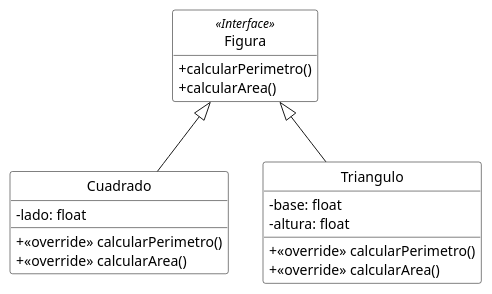
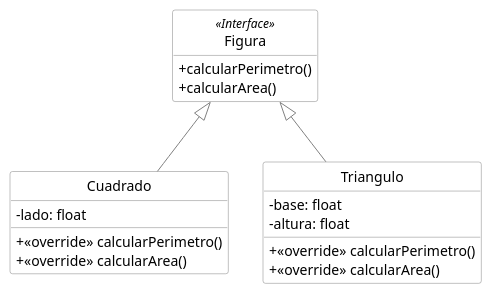
One commit to lobogral/plantumlClassic changed the diagram in clases.iuml. Above: the diagram before and after it, drawn with PlantUML.

```diff
--- a/clases.iuml
+++ b/clases.iuml
@@ -1,32 +1,33 @@
 @startuml
 skinparam monochrome true
 skinparam shadowing false
 skinparam backgroundColor transparent
+skinparam arrowColor Gray
 skinparam classBackgroundColor White
-skinparam classBorderColor Black
+skinparam classBorderColor Gray
 skinparam classAttributeIconSize 0
 
 Figura <|-- Cuadrado
 Figura <|-- Triangulo
 
 class Figura <<Interface>> {
  +calcularPerimetro()
  +calcularArea()
 }
 
 class Cuadrado {
  -lado: float
  + <<override>> calcularPerimetro()
  + <<override>> calcularArea()
 }
 
 class Triangulo {
  -base: float
  -altura: float
  + <<override>> calcularPerimetro()
  + <<override>> calcularArea()
 }
 
 hide circle
 hide <<Interface>> fields
 @enduml
```
